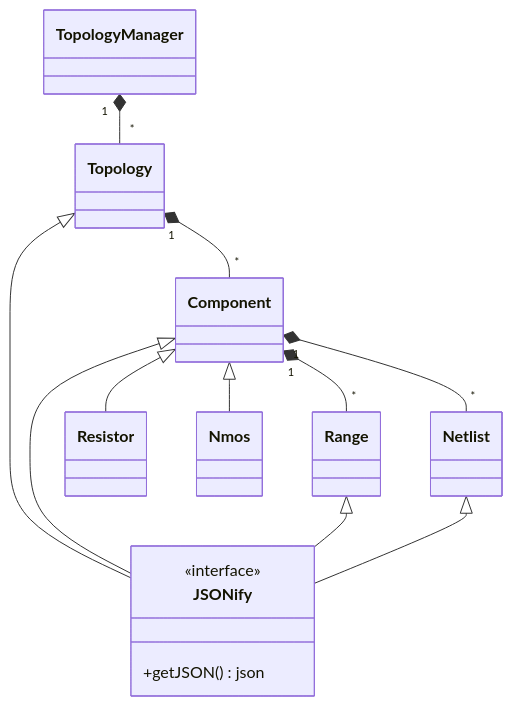
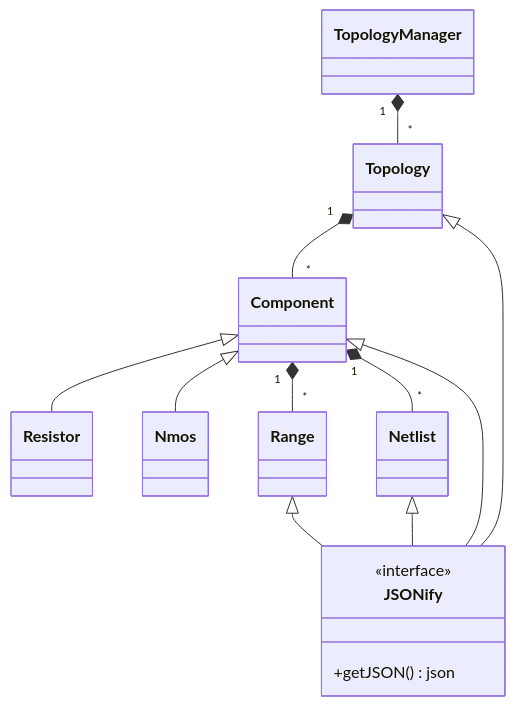
One commit to Abdullah0sama/topology_api changed the diagram in README.md. Above: the diagram before and after it, drawn with Mermaid. The commit also changed other lines of this file, not shown here.

````diff
--- a/README.md
+++ b/README.md
@@ -5,18 +5,18 @@
 ```mermaid
   classDiagram
-    class JSONify
-    <<interface>> JSONify
-    JSONify : +getJSON() json
-    Component <|-- JSONify
-    Topology <|-- JSONify
-    Range <|-- JSONify
-    Netlist <|-- JSONify
 
     Component <|-- Resistor
     Component <|-- Nmos
     Component "1" *-- "*" Range
     Component "1" *-- "*" Netlist
     Topology "1" *-- "*" Component
     TopologyManager "1" *-- "*" Topology
 
+    class JSONify
+    <<interface>> JSONify
+    JSONify : +getJSON() json
+    Component <|-- JSONify
+    Topology <|-- JSONify
+    Range <|-- JSONify
+    Netlist <|-- JSONify
 ```
````
